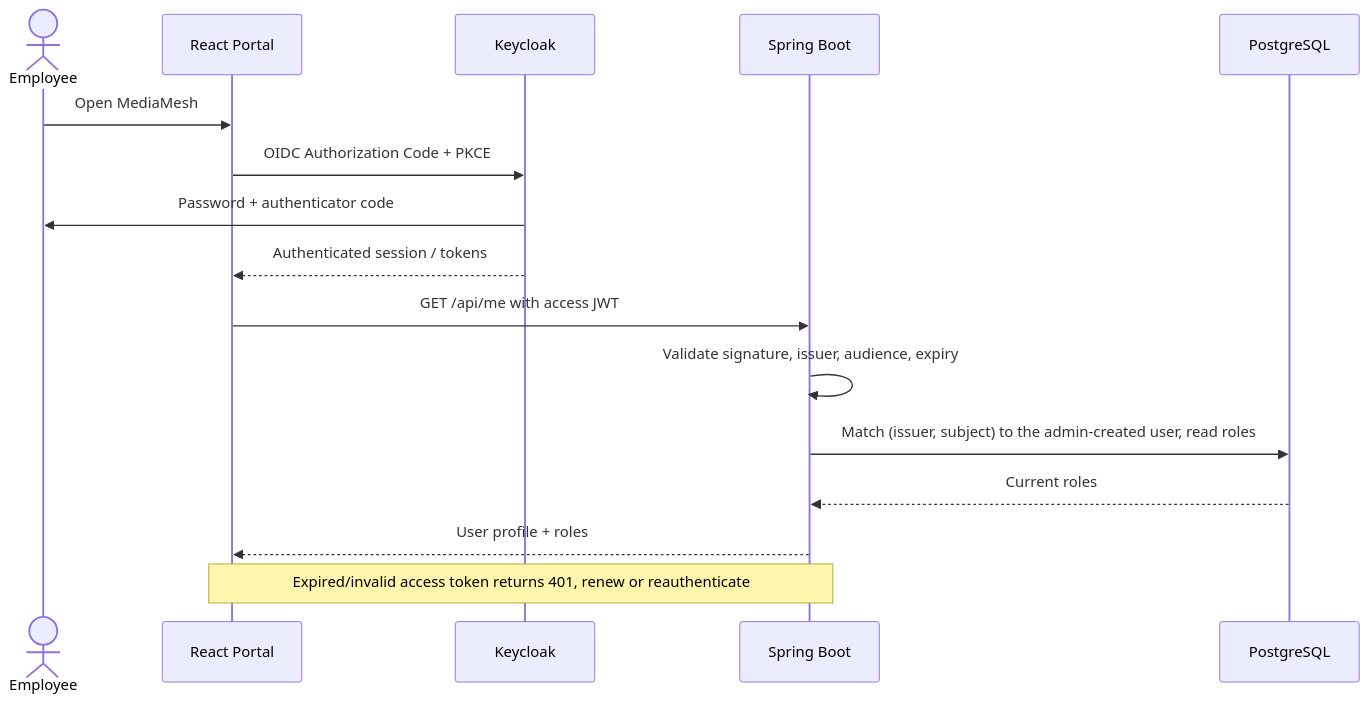
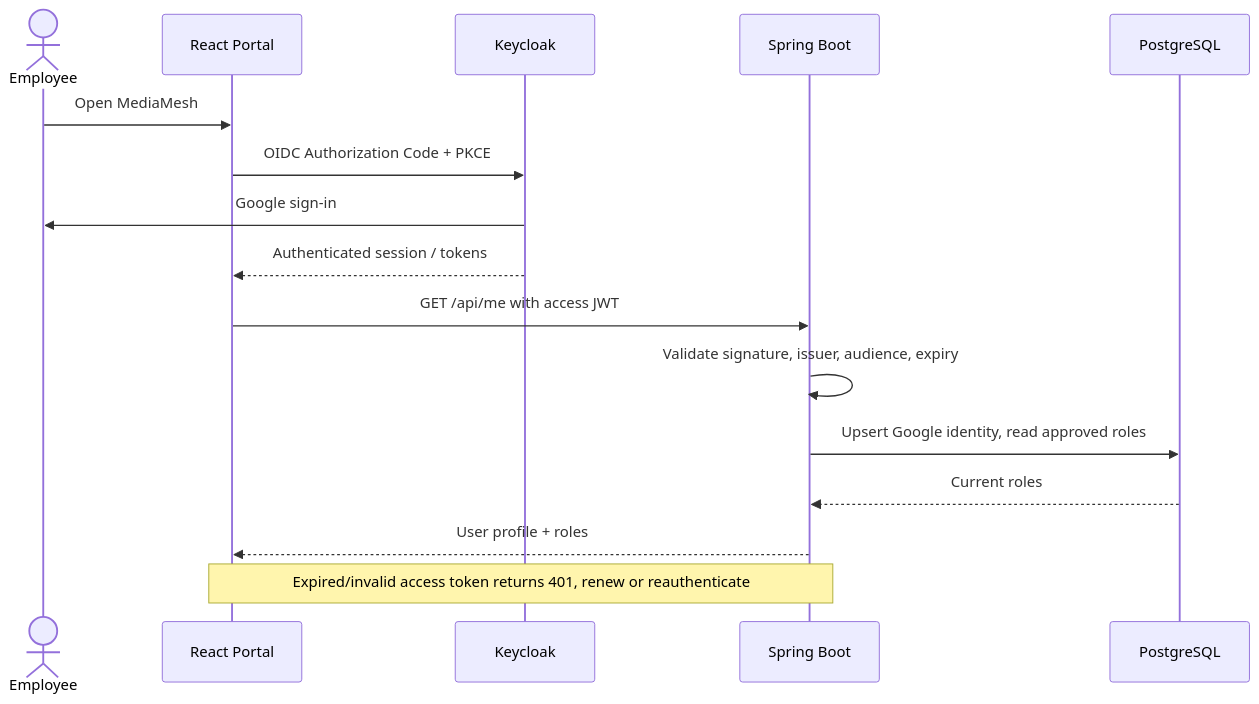
One commit to sagarparker/CMPE_272_PROJECT changed the second of 7 diagrams in README.md. Above: the diagram before and after it, drawn with Mermaid. The commit also changed other lines of this file and 37 other files, not shown here.

Commit message:
Add Google sign-in with approved workspace roles and refresh portal UI

````diff
--- a/README.md
+++ b/README.md
@@ -157,18 +158,18 @@
 ```mermaid
 sequenceDiagram
     actor Employee
     participant UI as React Portal
     participant IdP as Keycloak
     participant API as Spring Boot
     participant DB as PostgreSQL
     Employee->>UI: Open MediaMesh
     UI->>IdP: OIDC Authorization Code + PKCE
-    IdP->>Employee: Password + authenticator code
+    IdP->>Employee: Google sign-in
     IdP-->>UI: Authenticated session / tokens
     UI->>API: GET /api/me with access JWT
     API->>API: Validate signature, issuer, audience, expiry
-    API->>DB: Match (issuer, subject) to the admin-created user, read roles
+    API->>DB: Upsert Google identity, read approved roles
     DB-->>API: Current roles
     API-->>UI: User profile + roles
     Note over UI,API: Expired/invalid access token returns 401, renew or reauthenticate
 ```
````
